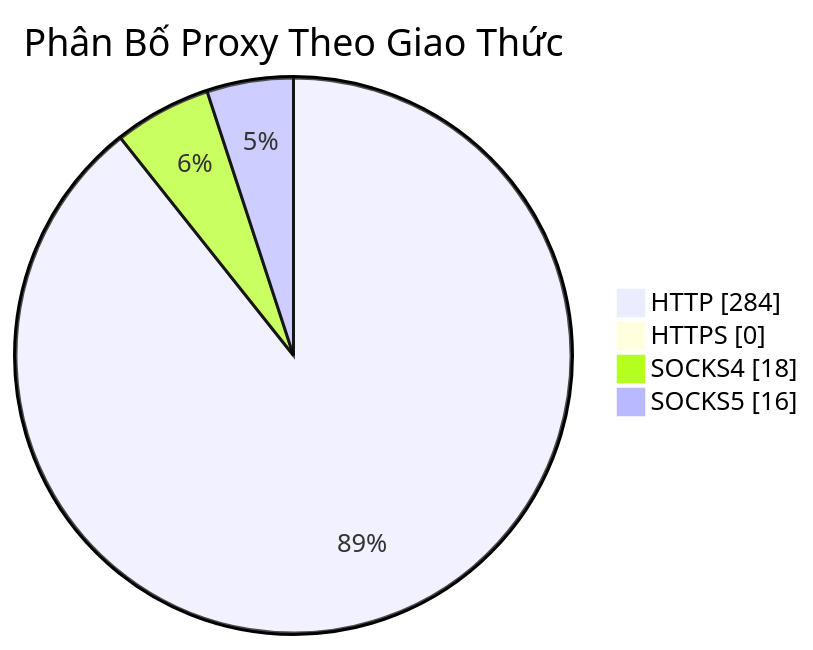
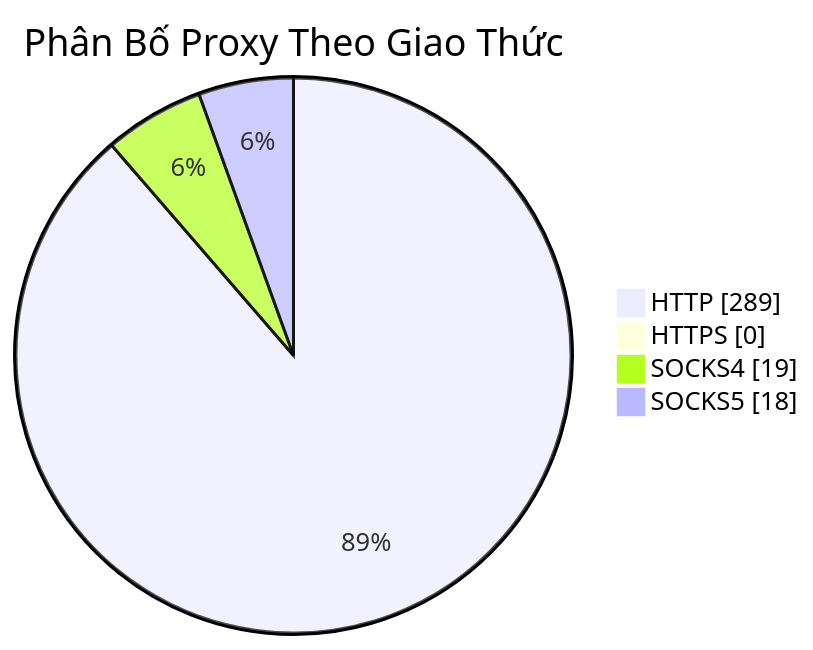
Before and after one commit to Ciara-Aa/PROXY-free: the diagram in README.md, drawn with Mermaid. The commit also changed other lines of this file and 3 other files, not shown here.

````diff
--- a/README.md
+++ b/README.md
@@ -26,7 +26,7 @@
 ```mermaid
 pie showData title Phân Bố Proxy Theo Giao Thức
-    "HTTP" : 284
+    "HTTP" : 289
     "HTTPS" : 0
-    "SOCKS4" : 18
-    "SOCKS5" : 16
+    "SOCKS4" : 19
+    "SOCKS5" : 18
 ```
````
